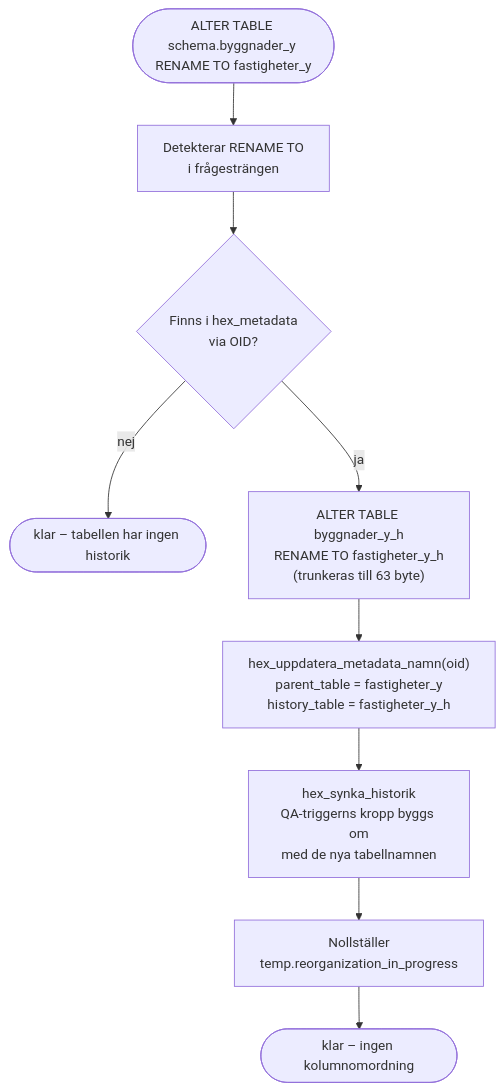
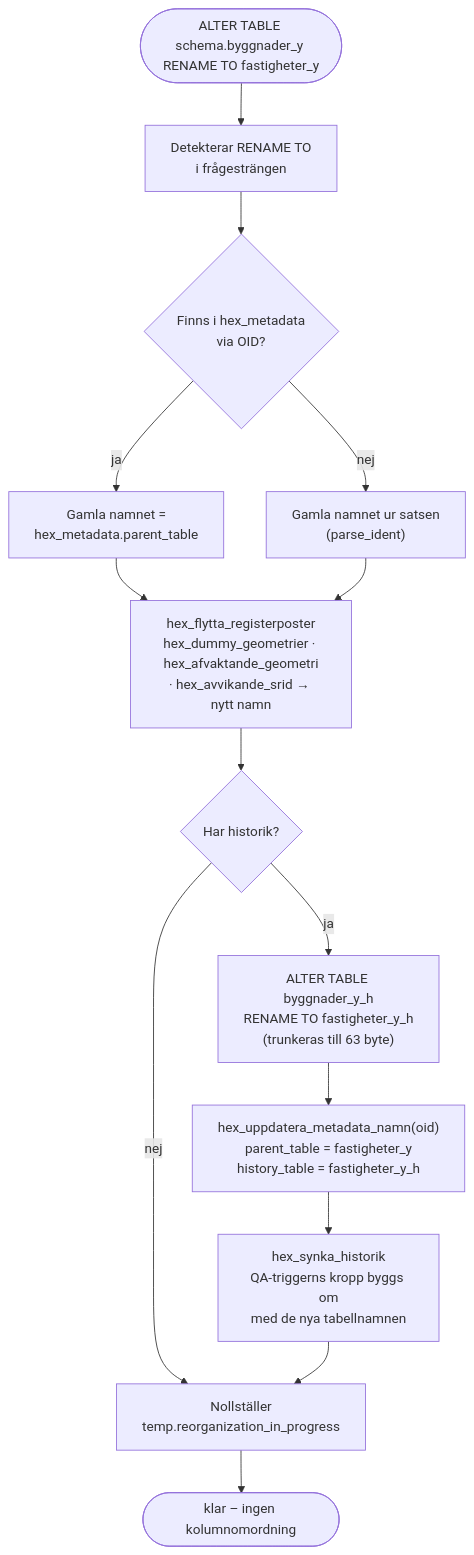
One commit to Geodata-Kungsbacka/Hex changed the fifth of 9 diagrams in LOGIC_MAP.md. Above: the diagram before and after it, drawn with Mermaid. The commit also changed other lines of this file and 11 other files, not shown here.

First line of the commit message:
Flytta registerrader vid RENAME TO och rätta underhållets utskrift

````diff
--- a/LOGIC_MAP.md
+++ b/LOGIC_MAP.md
@@ -722,12 +722,17 @@
 ```mermaid
 flowchart TD
     START(["ALTER TABLE schema.byggnader_y RENAME TO fastigheter_y"])
     START --> DET["Detekterar RENAME TO<br/>i frågesträngen"]
     DET --> OID{"Finns i hex_metadata<br/>via OID?"}
-    OID --> |nej| NOH(["klar – tabellen har ingen historik"])
-    OID --> |ja| REN["ALTER TABLE byggnader_y_h<br/>RENAME TO fastigheter_y_h<br/>(trunkeras till 63 byte)"]
+    OID --> |ja| GAML["Gamla namnet =<br/>hex_metadata.parent_table"]
+    OID --> |nej| PARSE["Gamla namnet ur satsen<br/>(parse_ident)"]
+    GAML --> FLYTT["hex_flytta_registerposter<br/>hex_dummy_geometrier · hex_afvaktande_geometri<br/>· hex_avvikande_srid → nytt namn"]
+    PARSE --> FLYTT
+    FLYTT --> HIST{"Har historik?"}
+    HIST --> |nej| FLAG
+    HIST --> |ja| REN["ALTER TABLE byggnader_y_h<br/>RENAME TO fastigheter_y_h<br/>(trunkeras till 63 byte)"]
     REN --> UPD["hex_uppdatera_metadata_namn(oid)<br/>parent_table = fastigheter_y<br/>history_table = fastigheter_y_h"]
     UPD --> SYNK["hex_synka_historik<br/>QA-triggerns kropp byggs om<br/>med de nya tabellnamnen"]
     SYNK --> FLAG["Nollställer<br/>temp.reorganization_in_progress"]
     FLAG --> DONE(["klar – ingen kolumnomordning"])
 ```
````
